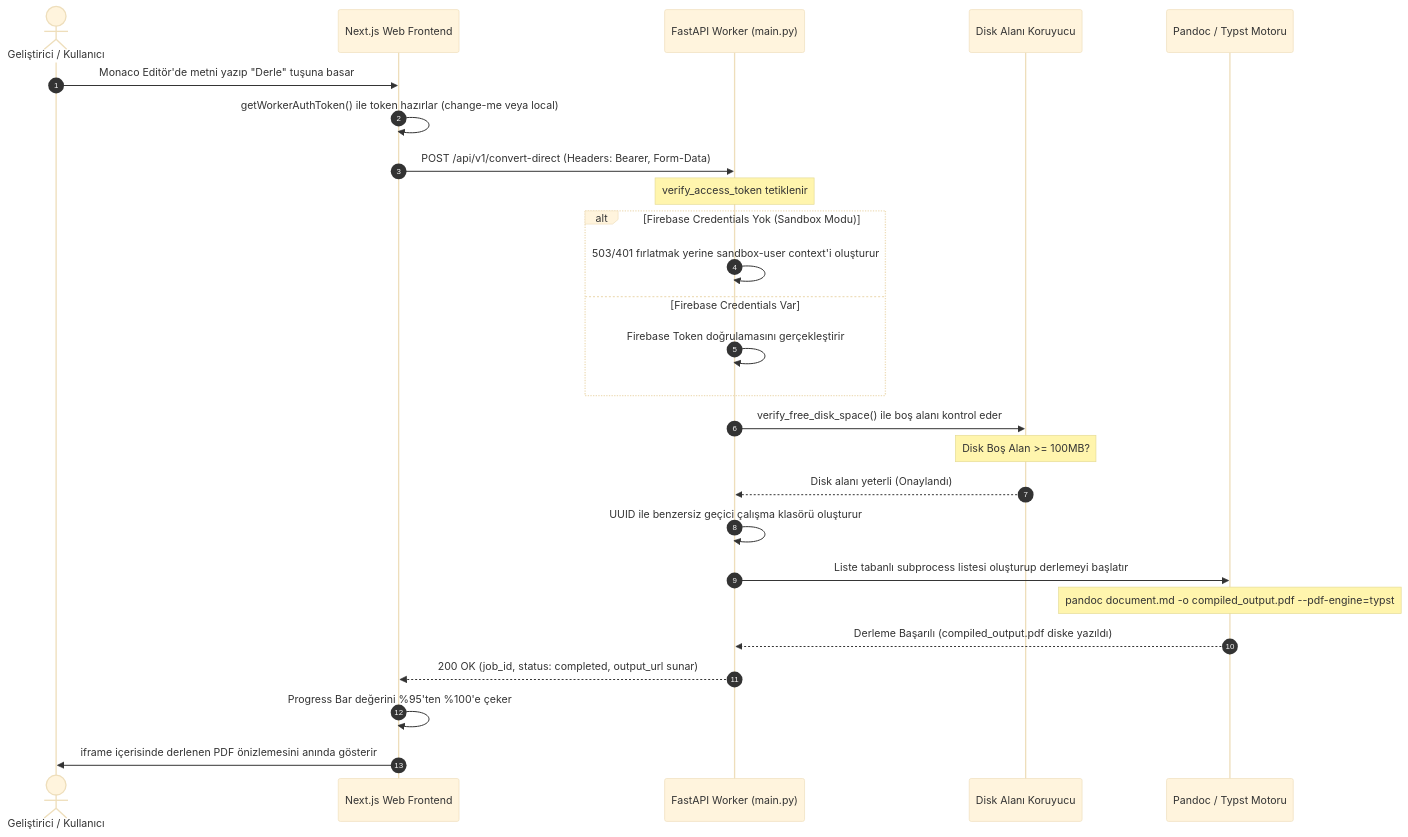
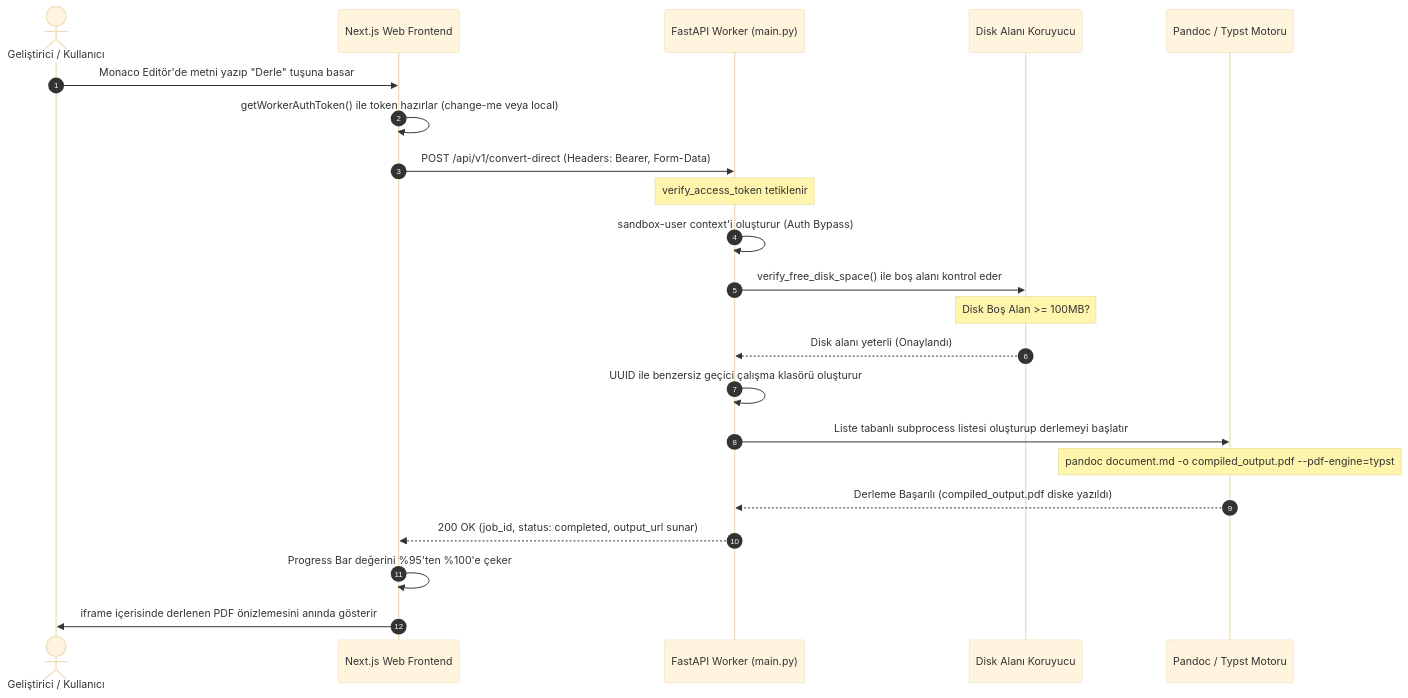
Before and after one commit to waldseelen/RunDoc: the diagram in ARCHITECTURE.md, drawn with Mermaid (base theme). The commit also changed other lines of this file and 54 other files, not shown here.

````diff
--- a/ARCHITECTURE.md
+++ b/ARCHITECTURE.md
@@ -130,29 +127,25 @@
 ```mermaid
 sequenceDiagram
     autonumber
     actor User as Geliştirici / Kullanıcı
     participant Web as Next.js Web Frontend
     participant API as FastAPI Worker (main.py)
     participant Disk as Disk Alanı Koruyucu
     participant Engine as Pandoc / Typst Motoru
 
     User->>Web: Monaco Editör'de metni yazıp "Derle" tuşuna basar
     Web->>Web: getWorkerAuthToken() ile token hazırlar (change-me veya local)
     Web->>API: POST /api/v1/convert-direct (Headers: Bearer, Form-Data)
     Note over API: verify_access_token tetiklenir
-    alt Firebase Credentials Yok (Sandbox Modu)
-        API->>API: 503/401 fırlatmak yerine sandbox-user context'i oluşturur
-    else Firebase Credentials Var
-        API->>API: Firebase Token doğrulamasını gerçekleştirir
-    end
+    API->>API: sandbox-user context'i oluşturur (Auth Bypass)
     API->>Disk: verify_free_disk_space() ile boş alanı kontrol eder
     Note over Disk: Disk Boş Alan >= 100MB?
     Disk-->>API: Disk alanı yeterli (Onaylandı)
     API->>API: UUID ile benzersiz geçici çalışma klasörü oluşturur
     API->>Engine: Liste tabanlı subprocess listesi oluşturup derlemeyi başlatır
     Note over Engine: pandoc document.md -o compiled_output.pdf --pdf-engine=typst
     Engine-->>API: Derleme Başarılı (compiled_output.pdf diske yazıldı)
     API-->>Web: 200 OK (job_id, status: completed, output_url sunar)
     Web->>Web: Progress Bar değerini %95'ten %100'e çeker
     Web->>User: iframe içerisinde derlenen PDF önizlemesini anında gösterir
 ```
````
